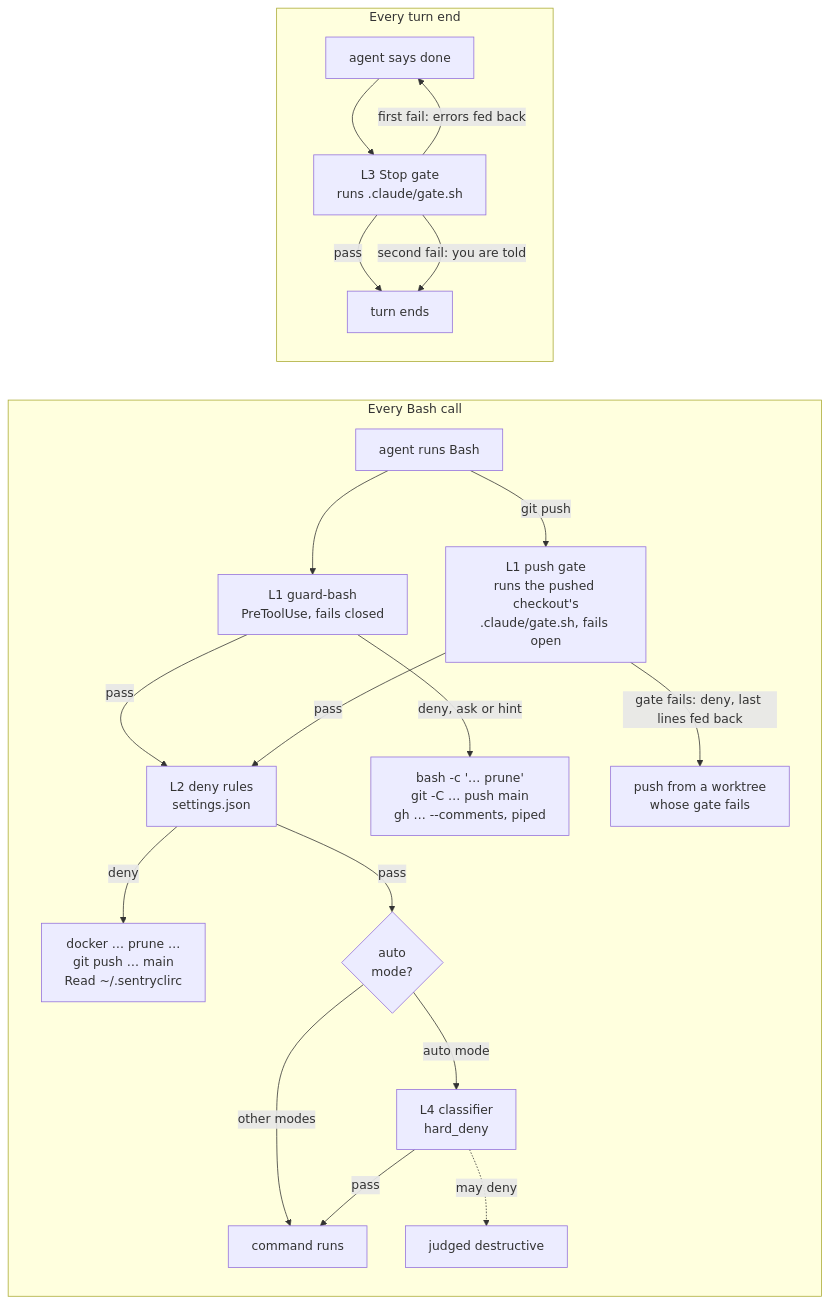
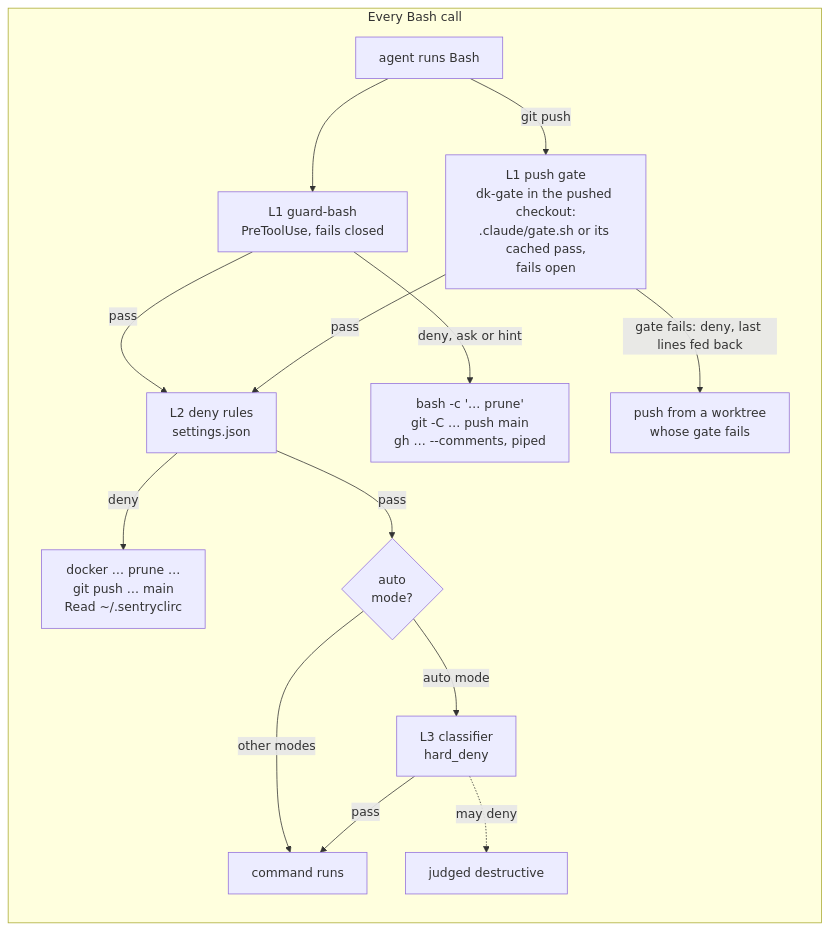
One commit to kaminski-dev/dk-agent-kit changed the fifth of 5 diagrams in README.md. Above: the diagram before and after it, drawn with Mermaid. The commit also changed other lines of this file and 8 other files, not shown here.

First line of the commit message:
Remove the Stop gate: the gate runs at the push and by hand through dk-gate (#148)

````diff
--- a/README.md
+++ b/README.md
@@ -116,23 +116,17 @@
 ```mermaid
 flowchart LR
   subgraph call["Every Bash call"]
     bash["agent runs Bash"] --> hook["L1 guard-bash<br/>PreToolUse, fails closed"]
     hook -- "pass" --> deny["L2 deny rules<br/>settings.json"]
     hook -- "deny, ask or hint" --> d1["bash -c '… prune'<br/>git -C … push main<br/>gh … --comments, piped"]
-    bash -- "git push" --> pgate["L1 push gate<br/>runs the pushed checkout's<br/>.claude/gate.sh, fails open"]
+    bash -- "git push" --> pgate["L1 push gate<br/>dk-gate in the pushed checkout:<br/>.claude/gate.sh or its cached pass,<br/>fails open"]
     pgate -- "gate fails: deny, last lines fed back" --> d0["push from a worktree<br/>whose gate fails"]
     pgate -- "pass" --> deny
     deny -- "deny" --> d2["docker … prune …<br/>git push … main<br/>Read ~/.sentryclirc"]
     deny -- "pass" --> mode{"auto<br/>mode?"}
     mode -- "other modes" --> run["command runs"]
-    mode -- "auto mode" --> auto["L4 classifier<br/>hard_deny"]
+    mode -- "auto mode" --> auto["L3 classifier<br/>hard_deny"]
     auto -- "pass" --> run
     auto -. "may deny" .-> d3["judged destructive"]
   end
-  subgraph turn["Every turn end"]
-    done["agent says done"] --> stop["L3 Stop gate<br/>runs .claude/gate.sh"]
-    stop -- "pass" --> ends["turn ends"]
-    stop -- "first fail: errors fed back" --> done
-    stop -- "second fail: you are told" --> ends
-  end
 ```
````
